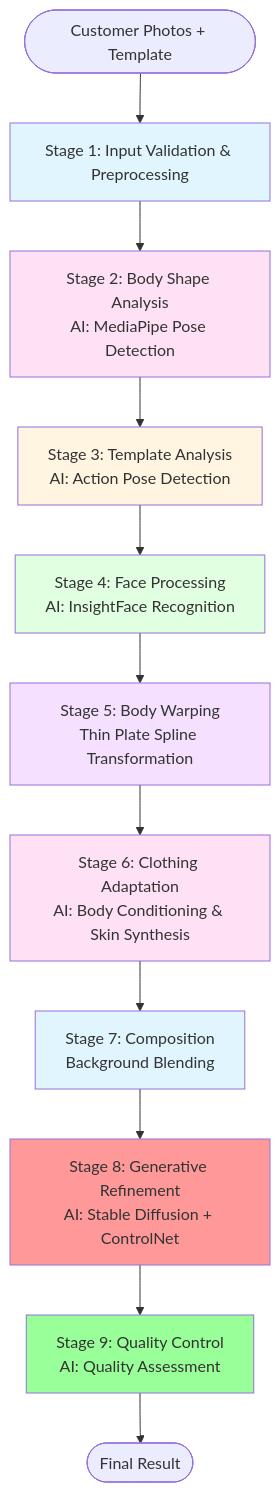
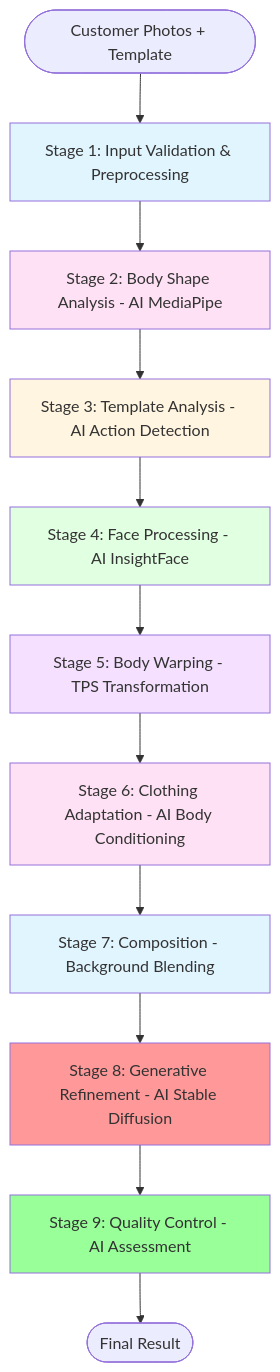
One commit to Asadrammy/body-swap changed the first of 2 diagrams in README.md. Above: the diagram before and after it, drawn with Mermaid. The commit also changed other lines of this file, not shown here.

Commit message:
Fix Mermaid diagram rendering issues - use flowchart syntax and add text-based alternatives

````diff
--- a/README.md
+++ b/README.md
@@ -94,23 +94,23 @@
 ```mermaid
-graph TB
+flowchart TB
     Start([Customer Photos + Template]) --> Stage1[Stage 1: Input Validation & Preprocessing]
-    Stage1 --> Stage2[Stage 2: Body Shape Analysis<br/>AI: MediaPipe Pose Detection]
-    Stage2 --> Stage3[Stage 3: Template Analysis<br/>AI: Action Pose Detection]
-    Stage3 --> Stage4[Stage 4: Face Processing<br/>AI: InsightFace Recognition]
-    Stage4 --> Stage5[Stage 5: Body Warping<br/>Thin Plate Spline Transformation]
-    Stage5 --> Stage6[Stage 6: Clothing Adaptation<br/>AI: Body Conditioning & Skin Synthesis]
-    Stage6 --> Stage7[Stage 7: Composition<br/>Background Blending]
-    Stage7 --> Stage8[Stage 8: Generative Refinement<br/>AI: Stable Diffusion + ControlNet]
-    Stage8 --> Stage9[Stage 9: Quality Control<br/>AI: Quality Assessment]
+    Stage1 --> Stage2[Stage 2: Body Shape Analysis - AI MediaPipe]
+    Stage2 --> Stage3[Stage 3: Template Analysis - AI Action Detection]
+    Stage3 --> Stage4[Stage 4: Face Processing - AI InsightFace]
+    Stage4 --> Stage5[Stage 5: Body Warping - TPS Transformation]
+    Stage5 --> Stage6[Stage 6: Clothing Adaptation - AI Body Conditioning]
+    Stage6 --> Stage7[Stage 7: Composition - Background Blending]
+    Stage7 --> Stage8[Stage 8: Generative Refinement - AI Stable Diffusion]
+    Stage8 --> Stage9[Stage 9: Quality Control - AI Assessment]
     Stage9 --> End([Final Result])
     
     style Stage1 fill:#e1f5ff
     style Stage2 fill:#ffe1f5
     style Stage3 fill:#fff5e1
     style Stage4 fill:#e1ffe1
     style Stage5 fill:#f5e1ff
     style Stage6 fill:#ffe1f5
     style Stage7 fill:#e1f5ff
     style Stage8 fill:#ff9999
     style Stage9 fill:#99ff99
 ```
````
